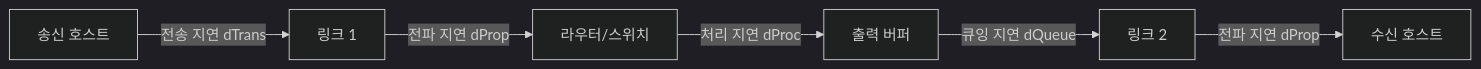
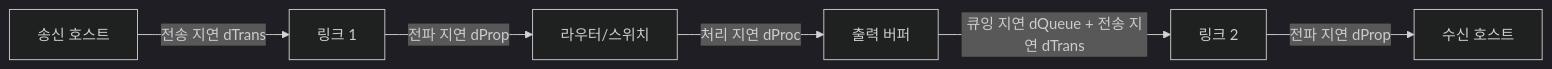
The diagram in content/collection/optimization-10-network/02-network-latency-structure/index.md (42jerrykim/42jerrykim.github.io), drawn with Mermaid (dark theme) before and after one commit. The commit also changed other lines of this file and 1 other file, not shown here.

````diff
--- a/content/collection/optimization-10-network/02-network-latency-structure/index.md
+++ b/content/collection/optimization-10-network/02-network-latency-structure/index.md
@@ -99,8 +93,8 @@
 ```mermaid
 flowchart LR
   client["송신 호스트"] -->|"전송 지연 dTrans"| link1["링크 1"]
   link1 -->|"전파 지연 dProp"| router["라우터/스위치"]
   router -->|"처리 지연 dProc"| queue["출력 버퍼"]
-  queue -->|"큐잉 지연 dQueue"| link2["링크 2"]
+  queue -->|"큐잉 지연 dQueue + 전송 지연 dTrans"| link2["링크 2"]
   link2 -->|"전파 지연 dProp"| server["수신 호스트"]
 ```
````
